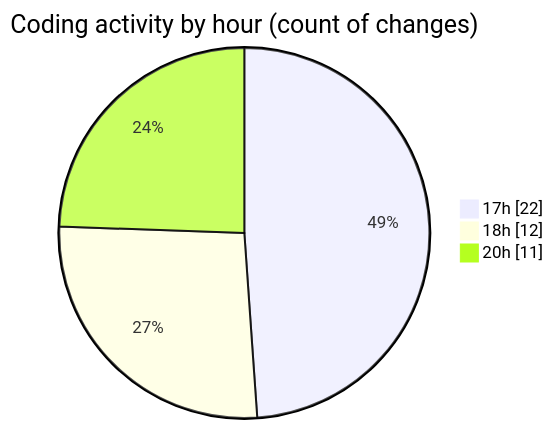
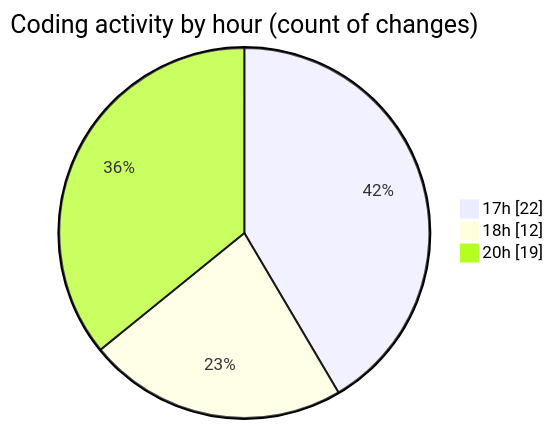
Before and after one commit to Netris89/code-tracking: the second of 2 diagrams in 2025-10-30/skintrack/README.md, drawn with Mermaid. The commit also changed other lines of this file and 1 other file, not shown here.

````diff
--- a/2025-10-30/skintrack/README.md
+++ b/2025-10-30/skintrack/README.md
@@ -34,7 +34,7 @@
 ```mermaid
 pie showData
 title Coding activity by hour (count of changes)
 "17h" : 22
 "18h" : 12
-"20h" : 11
+"20h" : 19
 ```
````
